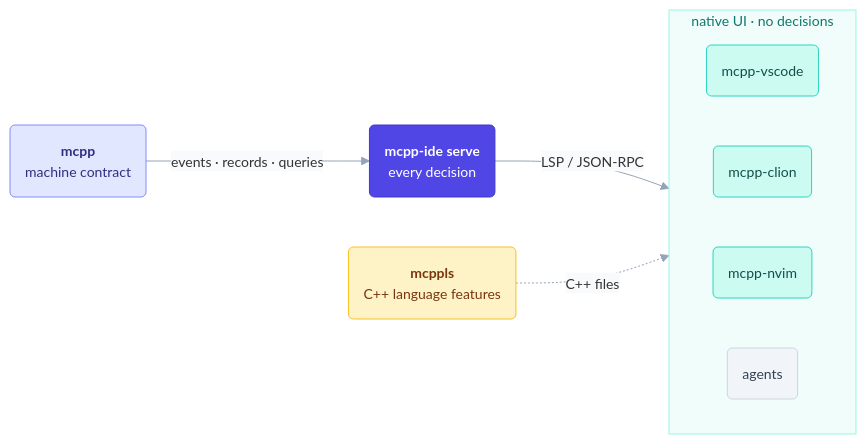
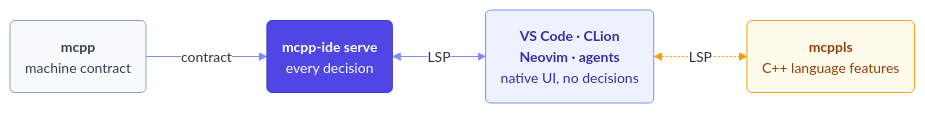
The diagram in README.md (mcpp-community/mcpp-ide), drawn with Mermaid before and after one commit. The commit also changed other lines of this file and 3 other files, not shown here.

First line of the commit message:
docs: one prompt for agents, one editors table with its marketplaces, straight diagrams

````diff
--- a/README.md
+++ b/README.md
@@ -29,22 +29,14 @@
 ```mermaid
-%%{init: {"theme": "base", "themeVariables": {"fontFamily": "ui-sans-serif, system-ui, -apple-system, Segoe UI, sans-serif", "fontSize": "14px", "lineColor": "#94a3b8", "edgeLabelBackground": "#f8fafc", "clusterBkg": "#f0fdfa", "clusterBorder": "#99f6e4", "titleColor": "#0f766e"}}}%%
+%%{init: {"theme": "base", "flowchart": {"curve": "linear", "rankSpacing": 70}, "themeVariables": {"fontFamily": "ui-sans-serif, system-ui, -apple-system, Segoe UI, sans-serif", "fontSize": "14px", "lineColor": "#818cf8", "edgeLabelBackground": "#ffffff"}}}%%
 flowchart LR
-    mcpp("<b>mcpp</b><br/>machine contract"):::mcpp
+    mcpp("<b>mcpp</b><br/>machine contract"):::ext
     serve("<b>mcpp-ide serve</b><br/>every decision"):::core
+    clients("<b>VS Code · CLion<br/>Neovim · agents</b><br/>native UI, no decisions"):::ide
     mcppls("<b>mcppls</b><br/>C++ language features"):::ls
-    subgraph clients ["native UI · no decisions"]
-        direction LR
-        vscode("mcpp-vscode"):::ide
-        clion("mcpp-clion"):::ide
-        nvim("mcpp-nvim"):::ide
-        agent("agents"):::agent
-    end
-    mcpp -- "events · records · queries" --> serve
-    serve -- "LSP / JSON-RPC" --> clients
-    mcppls -. "C++ files" .-> clients
-    classDef mcpp fill:#e0e7ff,stroke:#818cf8,color:#312e81
+    mcpp -- contract --> serve <-- LSP --> clients <-. LSP .-> mcppls
+    classDef ext fill:#f8fafc,stroke:#94a3b8,color:#334155
     classDef core fill:#4f46e5,stroke:#4338ca,color:#ffffff
-    classDef ide fill:#ccfbf1,stroke:#2dd4bf,color:#134e4a
-    classDef agent fill:#f1f5f9,stroke:#cbd5e1,color:#334155
-    classDef ls fill:#fef3c7,stroke:#fbbf24,color:#78350f
+    classDef ide fill:#eef2ff,stroke:#818cf8,color:#3730a3
+    classDef ls fill:#fffbeb,stroke:#f59e0b,color:#92400e
+    linkStyle 2 stroke:#f59e0b
 ```
````
